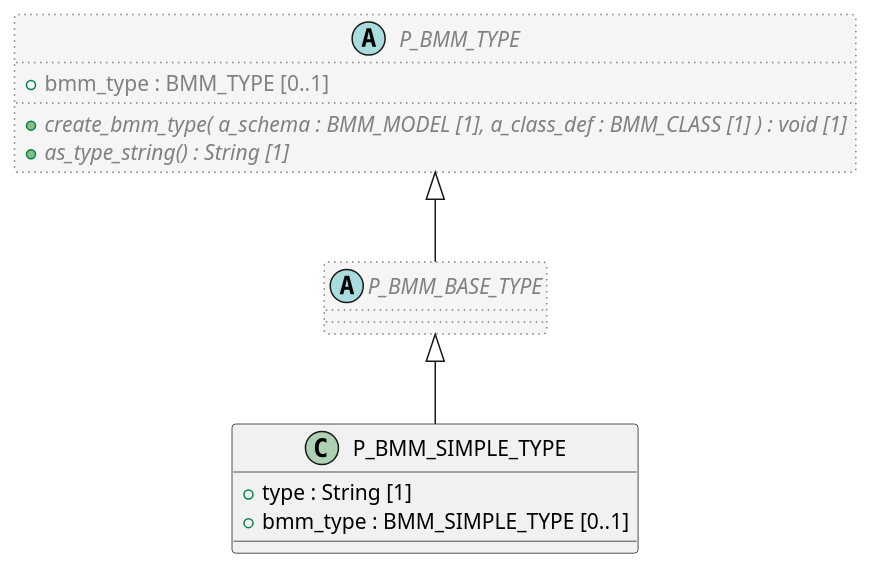
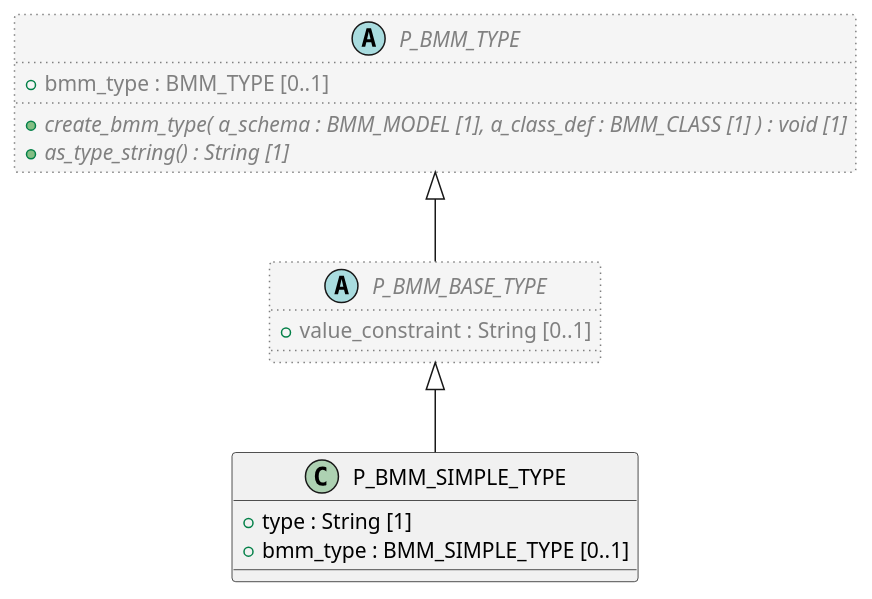
One commit to sebastian-iancu/code-generator changed the diagram in code/Adoc/openehr_lang_1.0.0/plantUML/classes/org.openehr.lang.bmm_persistence.p_bmm_simple_type.adoc. Above: the diagram before and after it, drawn with PlantUML. The commit also changed 719 other files, not shown here.

```diff
--- a/code/Adoc/openehr_lang_1.0.0/plantUML/classes/org.openehr.lang.bmm_persistence.p_bmm_simple_type.adoc
+++ b/code/Adoc/openehr_lang_1.0.0/plantUML/classes/org.openehr.lang.bmm_persistence.p_bmm_simple_type.adoc
@@ -1,25 +1,26 @@
 [plantuml,P_BMM_SIMPLE_TYPE,format=svg,svg-type="inline"]
 -----
 @startuml
 
 class P_BMM_SIMPLE_TYPE {
   + type : String [1]
   + bmm_type : BMM_SIMPLE_TYPE [0..1]
 }
 
 abstract class P_BMM_BASE_TYPE  #whitesmoke;line:gray;line.dotted;text:gray {
+  + value_constraint : String [0..1]
 }
 
 abstract class P_BMM_TYPE  #whitesmoke;line:gray;line.dotted;text:gray {
   + bmm_type : BMM_TYPE [0..1]
   + {abstract} create_bmm_type( a_schema : BMM_MODEL [1], a_class_def : BMM_CLASS [1] ) : void [1]
   + {abstract} as_type_string() : String [1]
 }
 
 P_BMM_TYPE <|-- P_BMM_BASE_TYPE
 
 P_BMM_BASE_TYPE <|-- P_BMM_SIMPLE_TYPE
 
 
 @enduml
 -----
```
